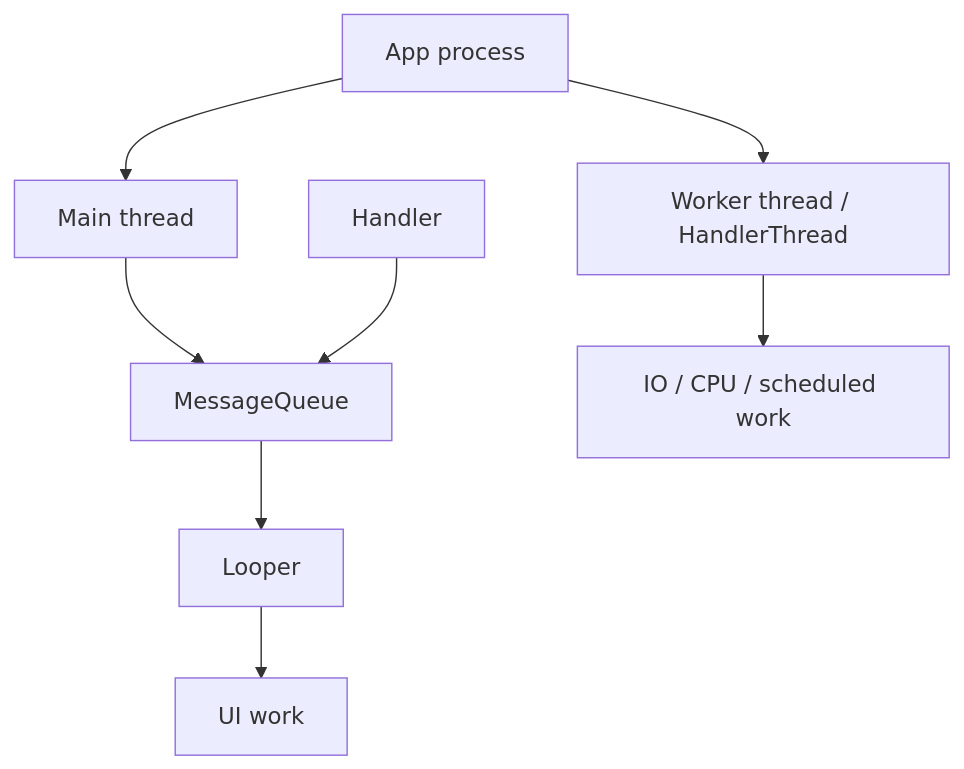
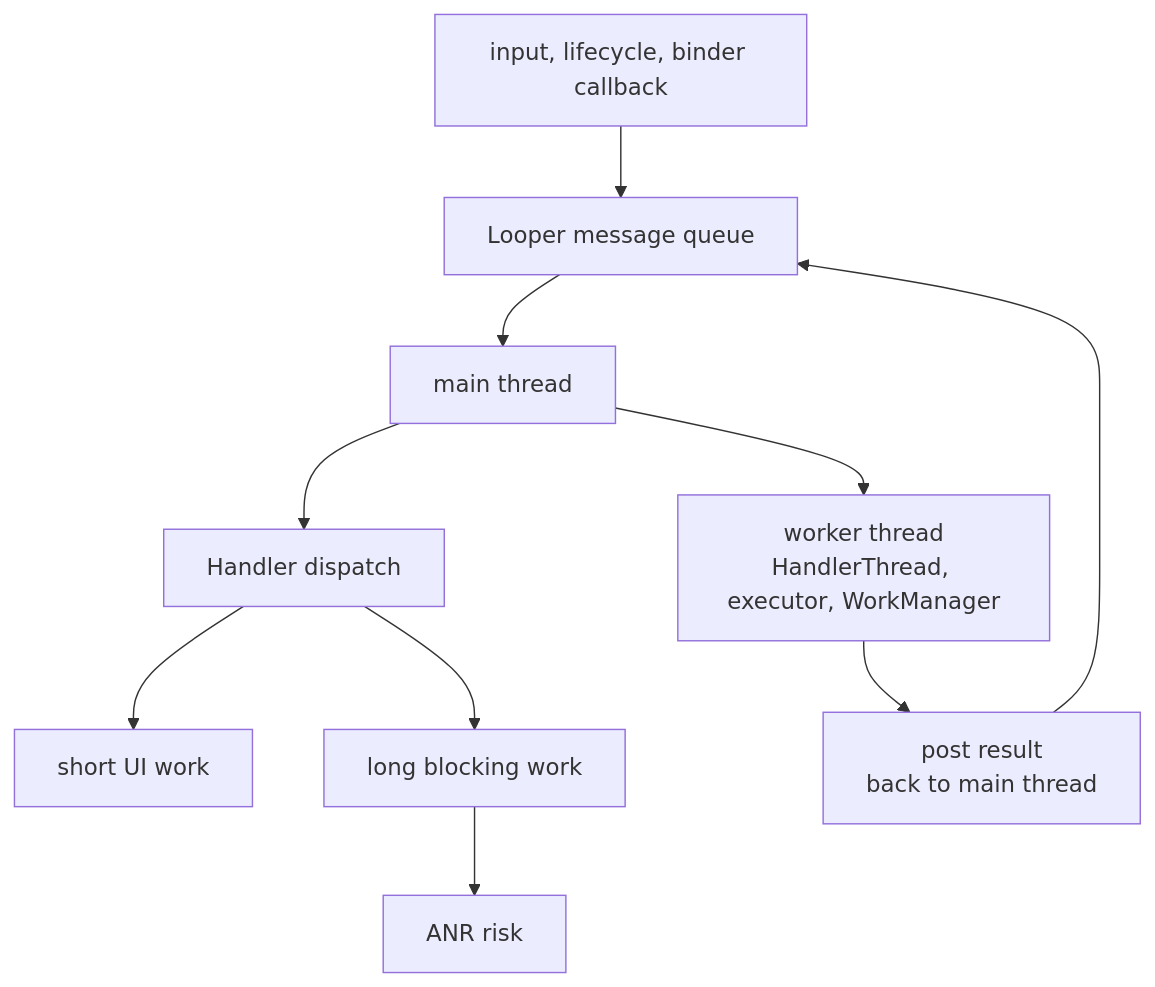
Before and after one commit to m1ser4ble/m1ser4ble.github.io: the fourth of 4 diagrams in _posts/2026-06-09-manifest-android-interview-01-android-framework.md, drawn with Mermaid. The commit also changed other lines of this file, not shown here.

```diff
--- a/_posts/2026-06-09-manifest-android-interview-01-android-framework.md
+++ b/_posts/2026-06-09-manifest-android-interview-01-android-framework.md
@@ -169,16 +189,22 @@
 <div class="mermaid">
 flowchart TD
-    Process[App process]
-    Main[Main thread]
-    Queue[MessageQueue]
-    Looper[Looper]
-    Handler[Handler]
-    UI[UI work]
-    Worker[Worker thread / HandlerThread]
-    Background[IO / CPU / scheduled work]
+    Event["input, lifecycle, binder callback"]
+    Main["main thread"]
+    Queue["Looper message queue"]
+    Handler["Handler dispatch"]
+    Fast["short UI work"]
+    Slow["long blocking work"]
+    ANR["ANR risk"]
+    Worker["worker thread<br/>HandlerThread, executor, WorkManager"]
+    Result["post result<br/>back to main thread"]
 
-    Process --> Main
-    Main --> Queue --> Looper --> UI
-    Handler --> Queue
-    Process --> Worker --> Background
+    Event --> Queue
+    Queue --> Main
+    Main --> Handler
+    Handler --> Fast
+    Handler --> Slow
+    Slow --> ANR
+    Main --> Worker
+    Worker --> Result
+    Result --> Queue
 </div>
```
